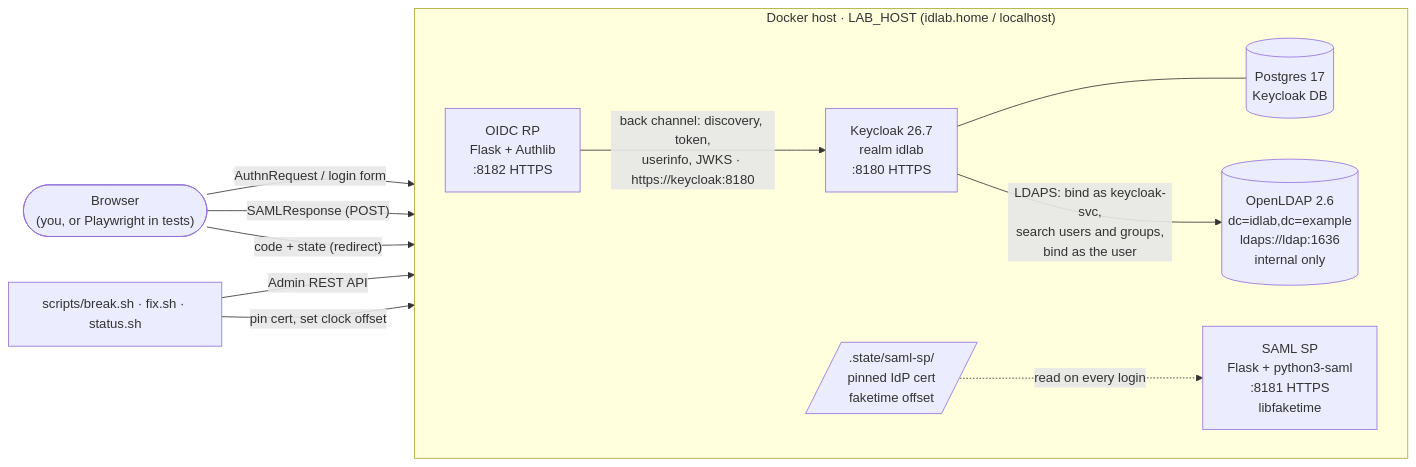
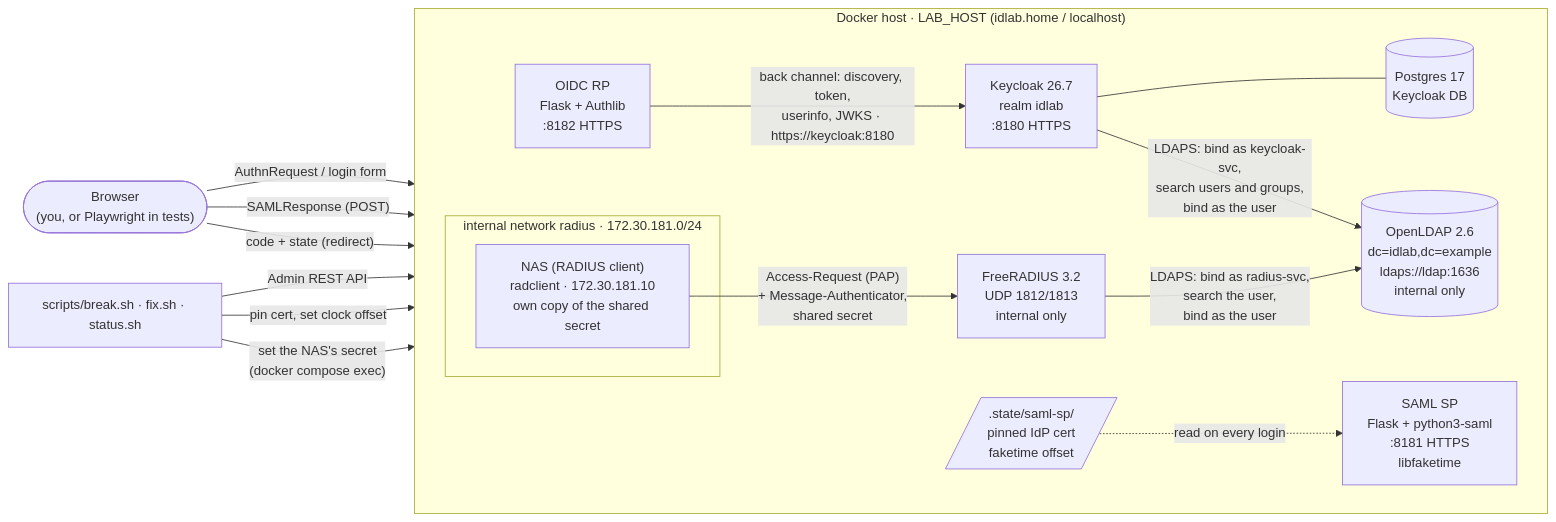
One commit to MarkHawk/identity-lab changed the diagram in README.md. Above: the diagram before and after it, drawn with Mermaid. The commit also changed other lines of this file, not shown here.

First line of the commit message:
README: FreeRADIUS, the NAS and the radius-shared-secret-mismatch scenario

````diff
--- a/README.md
+++ b/README.md
@@ -18,24 +18,31 @@
 ```mermaid
 flowchart LR
     user(["Browser<br/>(you, or Playwright in tests)"])
 
     subgraph host["Docker host · LAB_HOST (idlab.home / localhost)"]
         direction LR
         kc["Keycloak 26.7<br/>realm idlab<br/>:8180 HTTPS"]
         pg[("Postgres 17<br/>Keycloak DB")]
         ldap[("OpenLDAP 2.6<br/>dc=idlab,dc=example<br/>ldaps://ldap:1636<br/>internal only")]
         sp["SAML SP<br/>Flask + python3-saml<br/>:8181 HTTPS<br/>libfaketime"]
         rp["OIDC RP<br/>Flask + Authlib<br/>:8182 HTTPS"]
         pin[/".state/saml-sp/<br/>pinned IdP cert<br/>faketime offset"/]
+        subgraph radnet["internal network radius · 172.30.181.0/24"]
+            nas["NAS (RADIUS client)<br/>radclient · 172.30.181.10<br/>own copy of the shared secret"]
+        end
+        radius["FreeRADIUS 3.2<br/>UDP 1812/1813<br/>internal only"]
     end
 
     user -- "AuthnRequest / login form" --> kc
     user -- "SAMLResponse (POST)" --> sp
     user -- "code + state (redirect)" --> rp
     rp -- "back channel: discovery, token,<br/>userinfo, JWKS · https://keycloak:8180" --> kc
     kc --- pg
     kc -- "LDAPS: bind as keycloak-svc,<br/>search users and groups,<br/>bind as the user" --> ldap
     pin -. "read on every login" .-> sp
+    nas -- "Access-Request (PAP)<br/>+ Message-Authenticator,<br/>shared secret" --> radius
+    radius -- "LDAPS: bind as radius-svc,<br/>search the user,<br/>bind as the user" --> ldap
     scripts["scripts/break.sh · fix.sh · status.sh"] -- "Admin REST API" --> kc
     scripts -- "pin cert, set clock offset" --> pin
+    scripts -- "set the NAS's secret<br/>(docker compose exec)" --> nas
 ```
````
